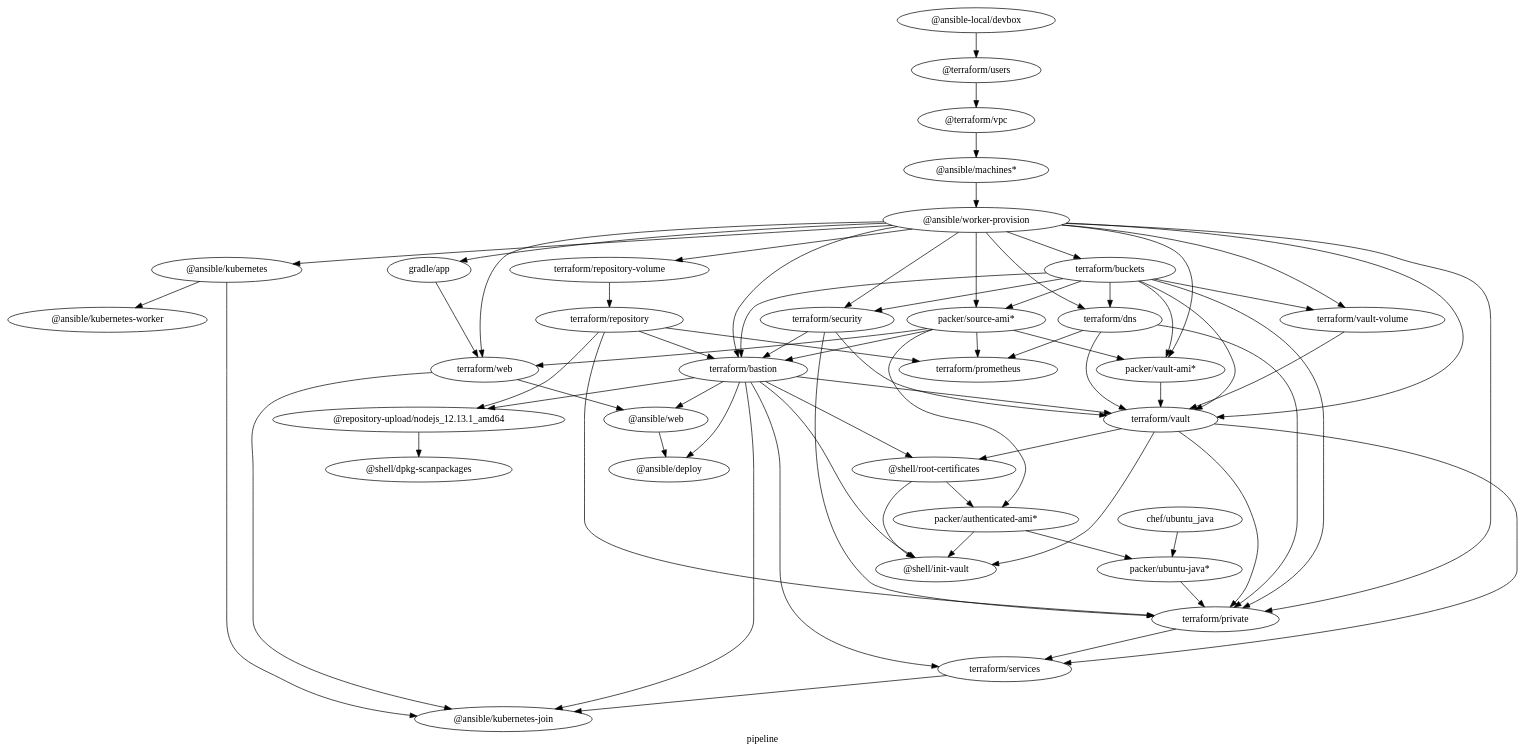
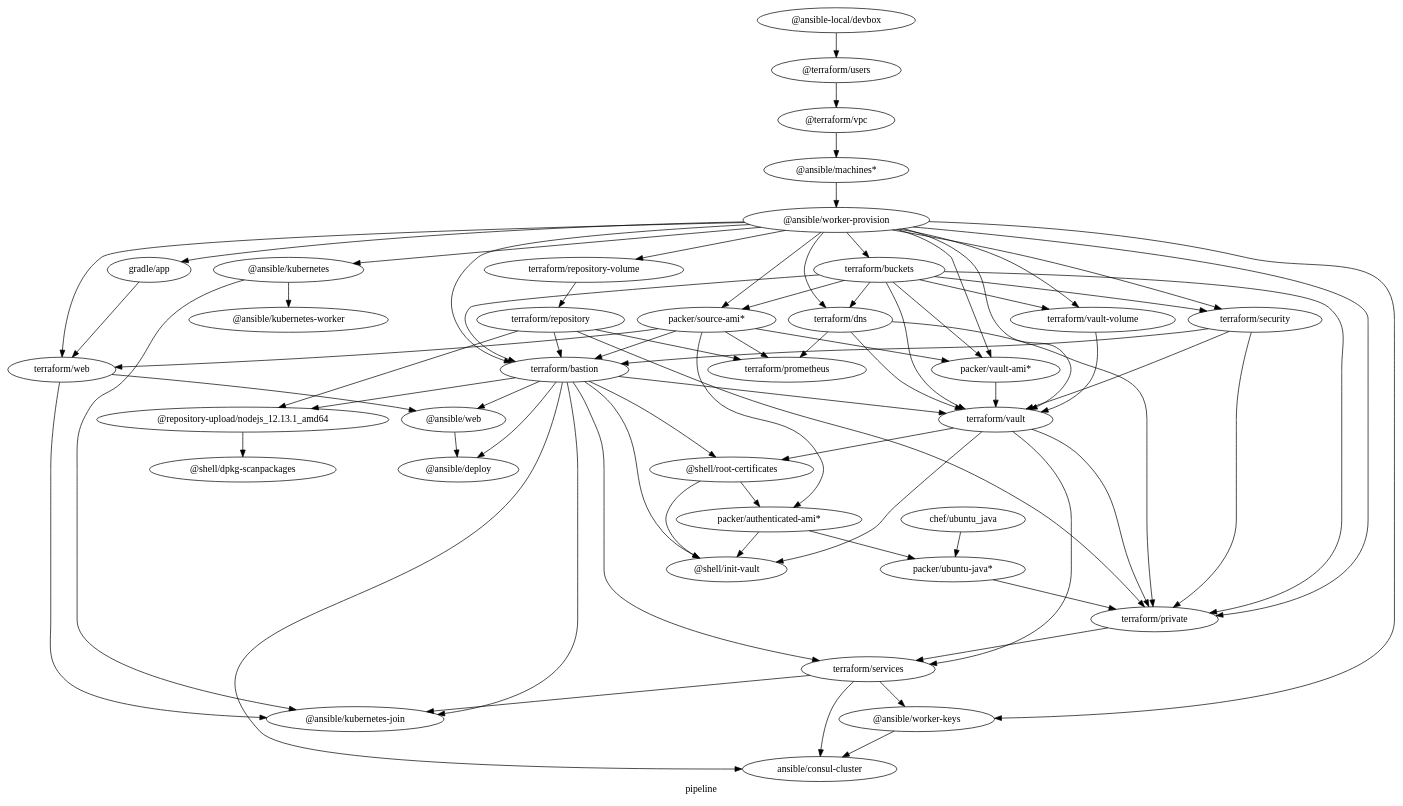
Before and after one commit to samsquire/mazzle-starter: the diagram in architecture.dot, drawn with Graphviz. The commit also changed 34 other files, not shown here.

Commit message:
Sam provisioning of ssh keys, installation of consul

```diff
--- a/architecture.dot
+++ b/architecture.dot
@@ -1,103 +1,113 @@
 digraph G {
   label="pipeline";
   rankdir=TB;
 
 
 
 "packer/source-ami*" -> { "terraform/bastion";
                           "packer/vault-ami*";
                           "terraform/web"
                         }
 
 "terraform/bastion" -> "@repository-upload/nodejs_12.13.1_amd64"
 "terraform/repository" -> "@repository-upload/nodejs_12.13.1_amd64"
 
 "@repository-upload/nodejs_12.13.1_amd64" -> "@shell/dpkg-scanpackages"
 
 "terraform/web" -> "@ansible/kubernetes-join";
 "terraform/bastion" -> "@ansible/kubernetes-join";
 "terraform/services" -> "@ansible/kubernetes-join";
 "@ansible/kubernetes" -> "@ansible/kubernetes-join";
 
+
+
+"terraform/services" -> "@ansible/worker-keys"
+
 "terraform/bastion" -> "@ansible/deploy";
 "terraform/bastion" -> "@ansible/web";
 "@ansible/worker-provision" -> "terraform/repository-volume" -> "terraform/repository";
 
 "terraform/repository" -> {
   "terraform/bastion";
   "terraform/private";
   "terraform/prometheus";
 }
 
+"terraform/bastion" -> "ansible/consul-cluster";
+"@ansible/worker-keys" -> "ansible/consul-cluster";
+"terraform/services" -> "ansible/consul-cluster";
+
 "gradle/app" -> "terraform/web" -> "@ansible/web" -> "@ansible/deploy";
 "@ansible/kubernetes" -> "@ansible/kubernetes-worker";
 "@ansible/worker-provision" -> {
+
+  "@ansible/worker-keys";
   "terraform/web";
   "gradle/app";
   "@ansible/kubernetes";
   "terraform/buckets";
   "terraform/vault";
   "terraform/dns";
   "terraform/bastion";
   "terraform/vault-volume";
   "packer/source-ami*";
   "terraform/security";
   "terraform/private";
   "packer/vault-ami*"
 }
 
 "terraform/buckets" -> {
   "terraform/vault";
   "terraform/dns";
   "terraform/bastion";
   "terraform/vault-volume";
   "packer/source-ami*";
   "terraform/security";
   "terraform/private";
   "packer/vault-ami*"
 }
 
 "packer/vault-ami*" -> "terraform/vault"
 
 "@terraform/vpc" -> "@ansible/machines*" -> "@ansible/worker-provision"
 
 "terraform/vault" -> "terraform/private";
 
 { "terraform/vault";
 "terraform/bastion";
 "terraform/private"; } -> "terraform/services";
 
 "terraform/vault-volume" -> "terraform/vault";
 
  "terraform/dns" -> "terraform/private";
  "terraform/dns" -> "terraform/vault";
 
 "terraform/security" -> "terraform/vault"
 
 "terraform/security" -> "terraform/bastion";
 "terraform/security" -> "terraform/private";
 
 "chef/ubuntu_java" -> "packer/ubuntu-java*";
 
 "@ansible-local/devbox" -> "@terraform/users" -> "@terraform/vpc";
 
 "terraform/bastion" -> "@shell/root-certificates";
 
 "terraform/vault" -> "@shell/root-certificates";
 "terraform/bastion" -> "terraform/vault";
 
 "terraform/bastion" -> "@shell/init-vault";
 "terraform/vault" -> "@shell/init-vault";
 
 "@shell/root-certificates" -> "packer/authenticated-ami*";
 
 "packer/ubuntu-java*" -> "terraform/private";
 
 "packer/source-ami*" -> "packer/authenticated-ami*";
 "packer/authenticated-ami*" -> "packer/ubuntu-java*";
 "packer/authenticated-ami*" -> "@shell/init-vault";
 "@shell/root-certificates" -> "@shell/init-vault";
 
  "terraform/dns" -> "terraform/prometheus";
  "packer/source-ami*" -> "terraform/prometheus";
 }
```
